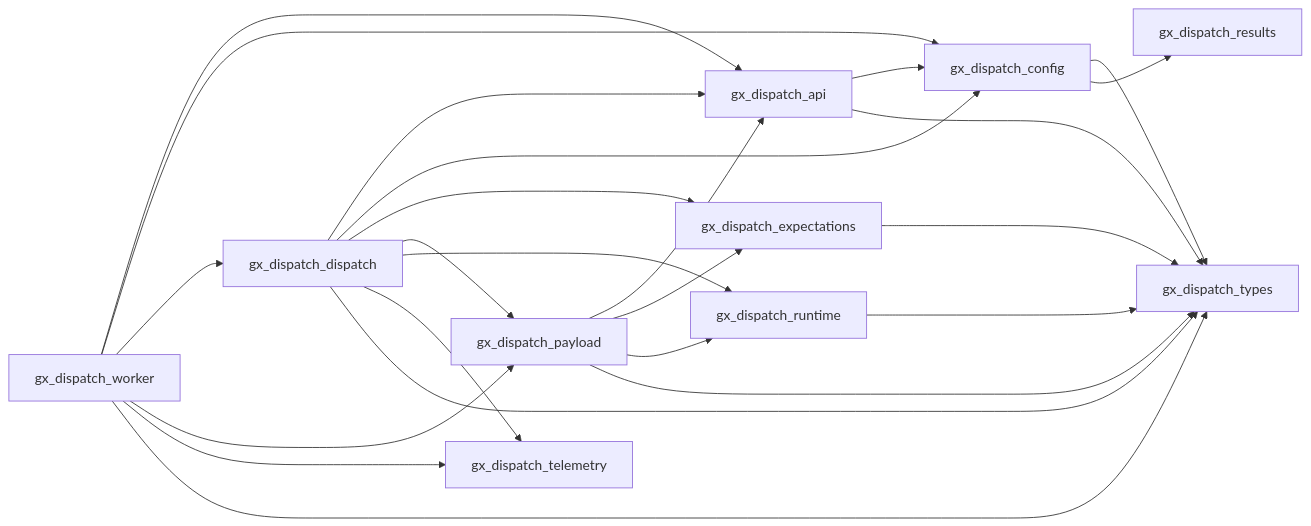
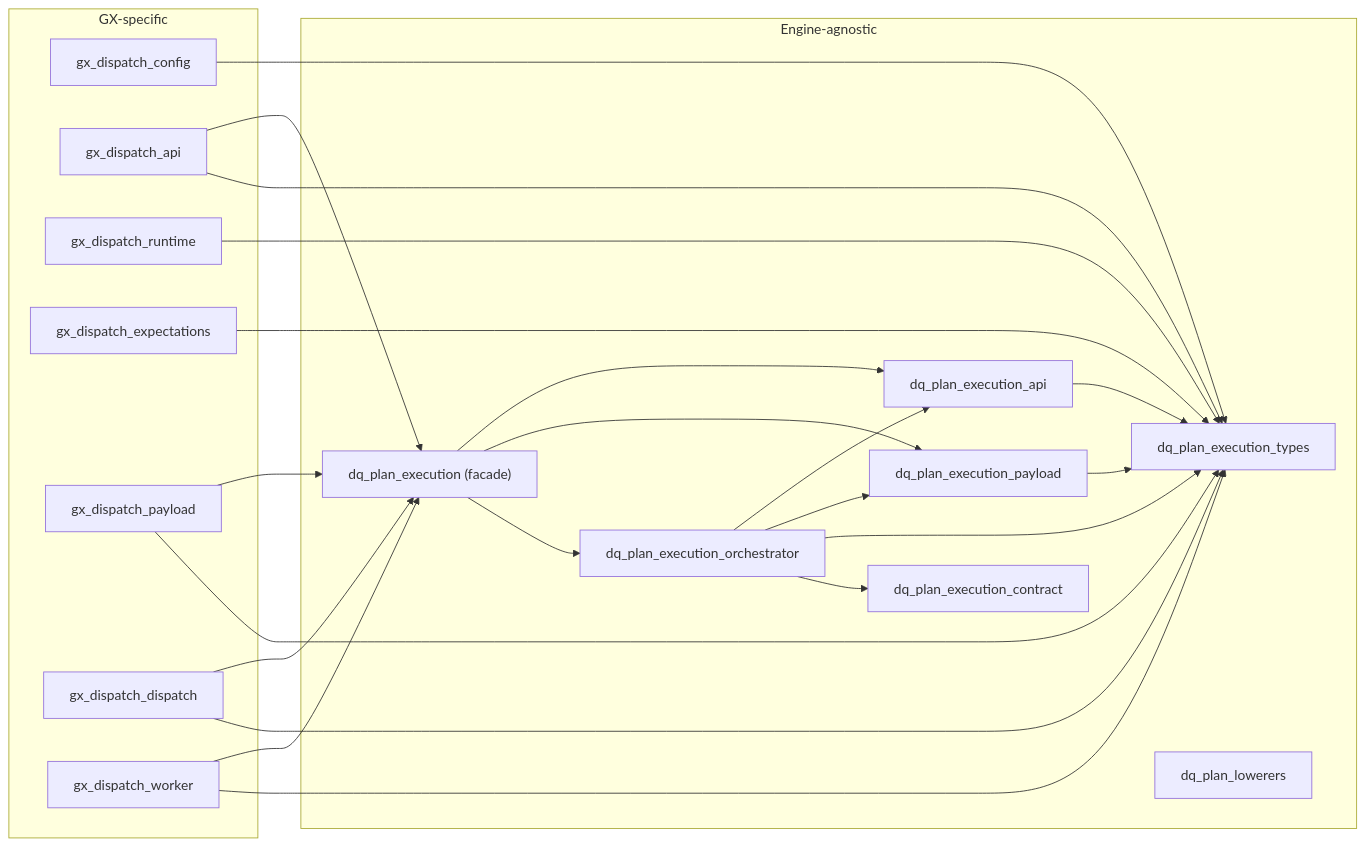
The diagram in docs/technical/DQ_ENGINE_MODULE_ARCHITECTURE.md (jactools/dq-made-easy), drawn with Mermaid before and after one commit. The commit also changed other lines of this file and 61 other files, not shown here.

Commit message:
single responsibility implemented for dq plan execution

````diff
--- a/docs/technical/DQ_ENGINE_MODULE_ARCHITECTURE.md
+++ b/docs/technical/DQ_ENGINE_MODULE_ARCHITECTURE.md
@@ -31,37 +81,60 @@
 ```mermaid
 graph LR
-    types["gx_dispatch_types"]
-    results["gx_dispatch_results"]
-    telemetry["gx_dispatch_telemetry"]
+    etypes["dq_plan_execution_types"]
+    efacade["dq_plan_execution (facade)"]
+    eapi["dq_plan_execution_api"]
+    epayload["dq_plan_execution_payload"]
+    eorch["dq_plan_execution_orchestrator"]
+    econtract["dq_plan_execution_contract"]
+    lowerers["dq_plan_lowerers"]
+
     config["gx_dispatch_config"]
     api["gx_dispatch_api"]
     runtime["gx_dispatch_runtime"]
     expectations["gx_dispatch_expectations"]
     payload["gx_dispatch_payload"]
     dispatch["gx_dispatch_dispatch"]
     worker["gx_dispatch_worker"]
 
-    config --> types
-    config --> results
-    api --> config
-    api --> types
-    runtime --> types
-    expectations --> types
-    payload --> api
-    payload --> expectations
-    payload --> runtime
-    payload --> types
-    dispatch --> api
-    dispatch --> config
-    dispatch --> expectations
-    dispatch --> payload
-    dispatch --> runtime
-    dispatch --> telemetry
-    dispatch --> types
-    worker --> api
-    worker --> config
-    worker --> dispatch
-    worker --> payload
-    worker --> telemetry
-    worker --> types
+    subgraph gx_dispatch ["GX-specific"]
+        config
+        api
+        runtime
+        expectations
+        payload
+        dispatch
+        worker
+    end
+
+    subgraph dq_plan ["Engine-agnostic"]
+        etypes
+        efacade
+        eapi
+        epayload
+        eorch
+        econtract
+        lowerers
+    end
+
+    config --> etypes
+    api --> efacade
+    api --> etypes
+    runtime --> etypes
+    expectations --> etypes
+    payload --> efacade
+    payload --> etypes
+    dispatch --> efacade
+    dispatch --> etypes
+    worker --> efacade
+    worker --> etypes
+
+    efacade --> eapi
+    efacade --> epayload
+    efacade --> eorch
+    eorch --> eapi
+    eorch --> epayload
+    eorch --> etypes
+    eorch --> econtract
+    eapi --> etypes
+    epayload --> etypes
 ```
````
